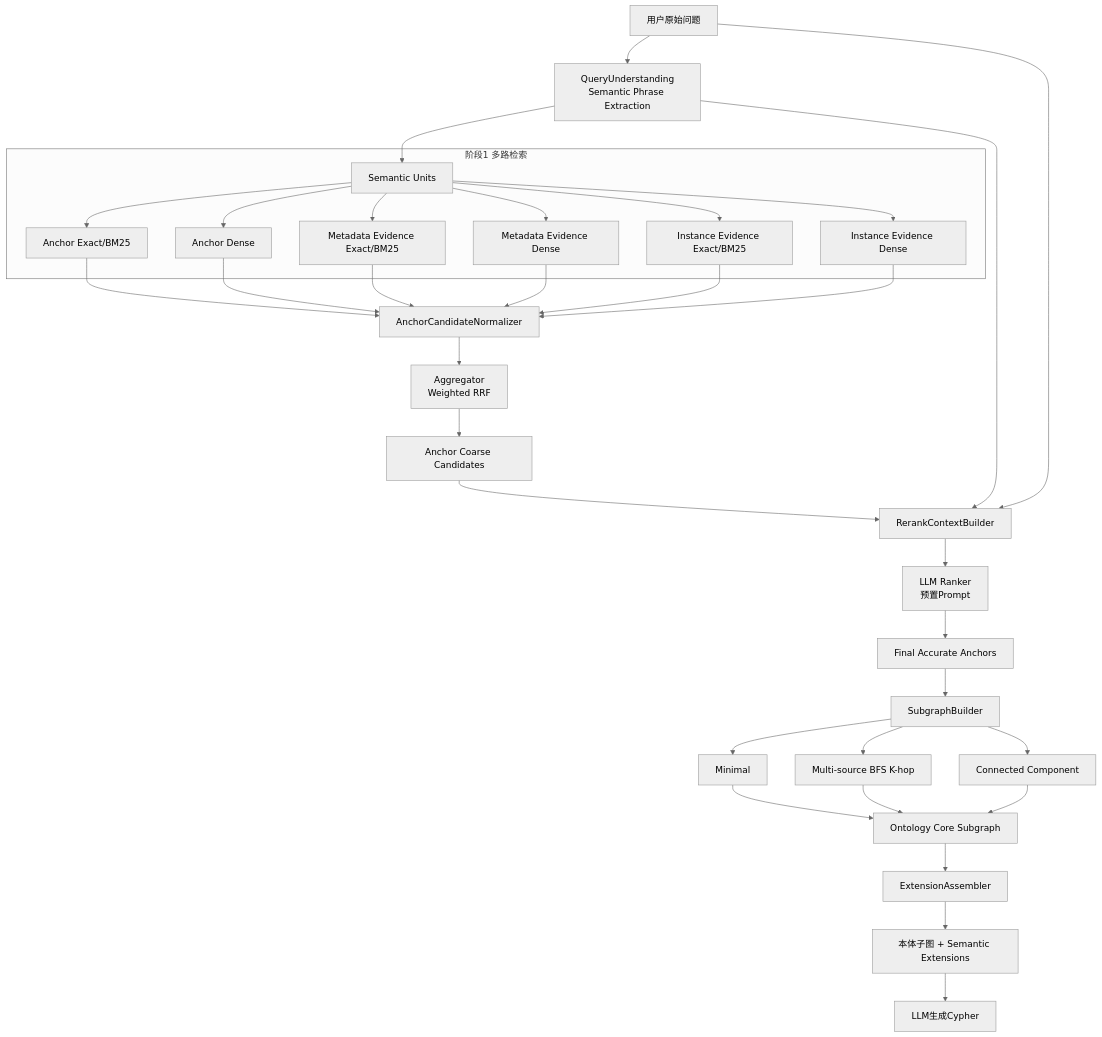
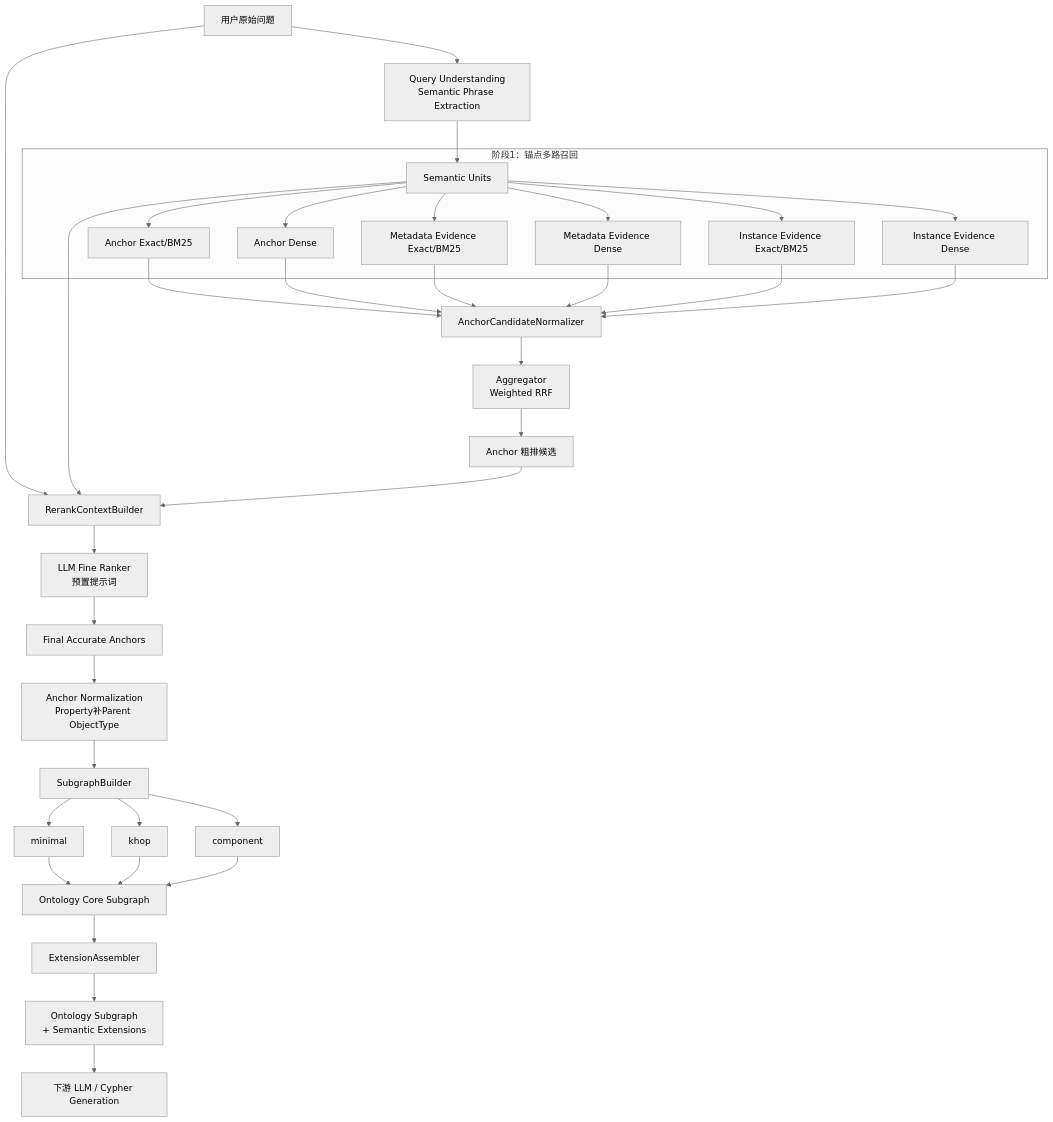
One commit to cfwl100/onology_dsl changed the first of 3 diagrams in docs/OAG本体锚点语义检索与向量索引设计方案.md. Above: the diagram before and after it, drawn with Mermaid (neutral theme). The commit also changed other lines of this file, not shown here.

Commit message:
完善OAG历史设计与子图算法增强方案

````diff
--- a/docs/OAG本体锚点语义检索与向量索引设计方案.md
+++ b/docs/OAG本体锚点语义检索与向量索引设计方案.md
@@ -55,42 +58,46 @@
 ```mermaid
 flowchart TD
-    Q[用户原始问题] --> QU[QueryUnderstanding\nSemantic Phrase Extraction]
+    Q[用户原始问题] --> QU[Query Understanding<br/>Semantic Phrase Extraction]
+
     QU --> U[Semantic Units]
 
-    subgraph R[阶段1 多路检索]
+    subgraph RET[阶段1：锚点多路召回]
       U --> AE[Anchor Exact/BM25]
       U --> AV[Anchor Dense]
       U --> ME[Metadata Evidence Exact/BM25]
       U --> MV[Metadata Evidence Dense]
       U --> IE[Instance Evidence Exact/BM25]
       U --> IV[Instance Evidence Dense]
     end
 
     AE --> N[AnchorCandidateNormalizer]
     AV --> N
     ME --> N
     MV --> N
     IE --> N
     IV --> N
 
-    N --> A[Aggregator\nWeighted RRF]
-    A --> C[Anchor Coarse Candidates]
+    N --> RRF[Aggregator<br/>Weighted RRF]
+    RRF --> COARSE[Anchor 粗排候选]
 
-    C --> CB[RerankContextBuilder]
-    Q --> CB
-    QU --> CB
-    CB --> LR[LLM Ranker\n预置Prompt]
-    LR --> FA[Final Accurate Anchors]
+    Q --> RC[RerankContextBuilder]
+    U --> RC
+    COARSE --> RC
+    RC --> LLM[LLM Fine Ranker<br/>预置提示词]
+    LLM --> FINAL[Final Accurate Anchors]
 
-    FA --> SB[SubgraphBuilder]
-    SB --> M[Minimal]
-    SB --> K[Multi-source BFS K-hop]
-    SB --> CP[Connected Component]
-    M --> CORE[Ontology Core Subgraph]
-    K --> CORE
-    CP --> CORE
+    FINAL --> AN[Anchor Normalization<br/>Property补Parent ObjectType]
+    AN --> SG[SubgraphBuilder]
 
-    CORE --> EX[ExtensionAssembler]
-    EX --> OUT[本体子图 + Semantic Extensions]
-    OUT --> CY[LLM生成Cypher]
+    SG --> MIN[minimal]
+    SG --> KH[khop]
+    SG --> CMP[component]
+
+    MIN --> CORE[Ontology Core Subgraph]
+    KH --> CORE
+    CMP --> CORE
+
+    CORE --> EXT[ExtensionAssembler]
+    EXT --> OUT[Ontology Subgraph<br/>+ Semantic Extensions]
+    OUT --> CYPHER[下游 LLM / Cypher Generation]
 ```
````
